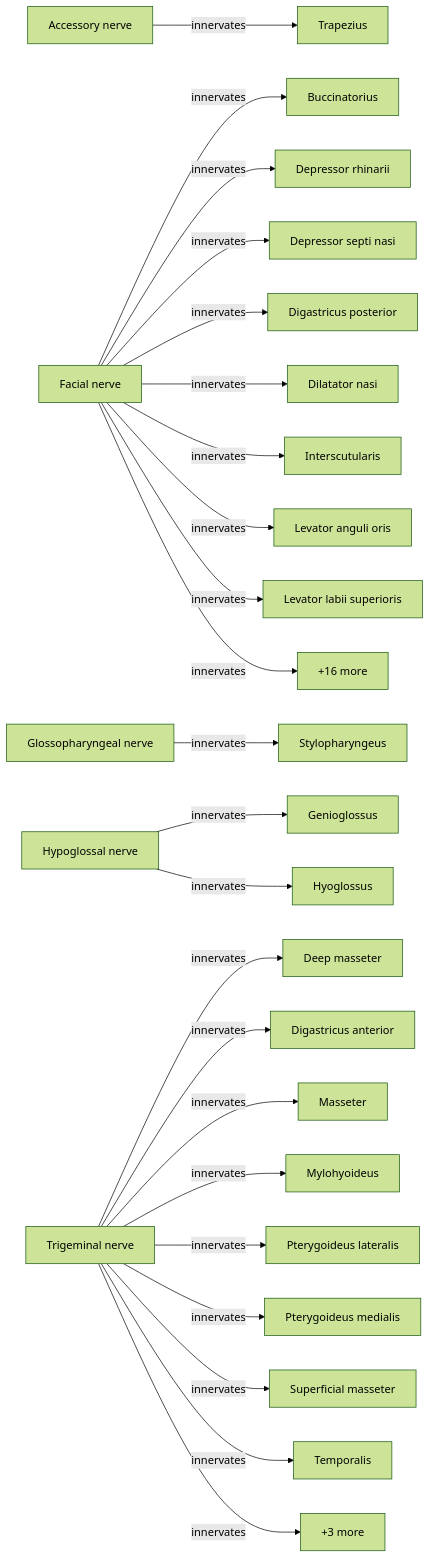
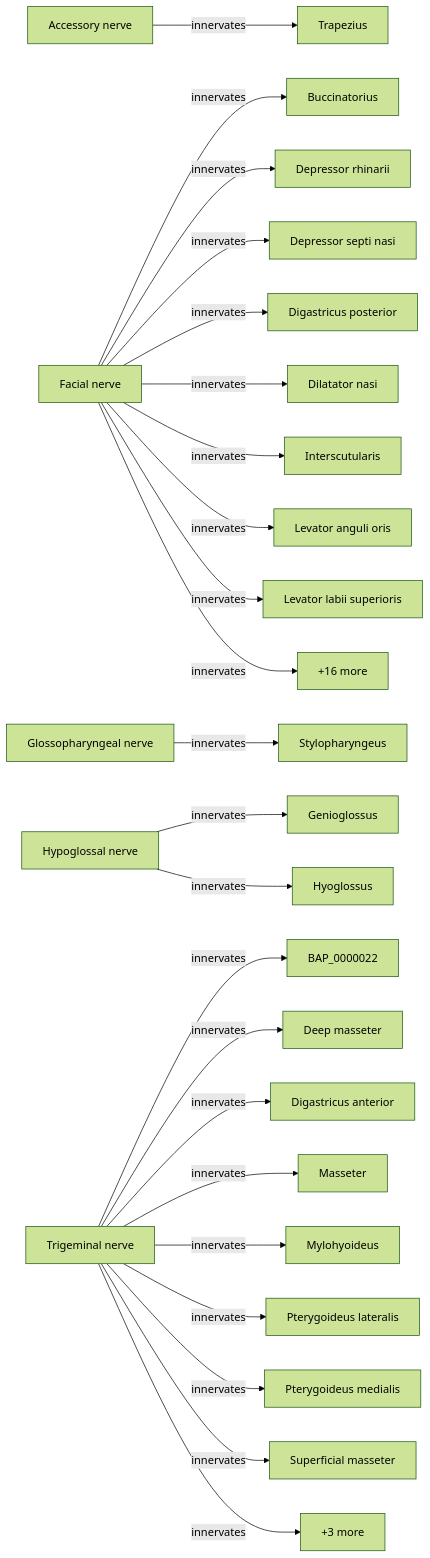
Before and after one commit to MitraLab-Organization/bap-ontology-editor: the first of 2 diagrams in README.md, drawn with Mermaid (forest theme). The commit also changed other lines of this file, not shown here.

````diff
--- a/README.md
+++ b/README.md
@@ -232,30 +232,30 @@
 ```mermaid
 graph LR
     Accessory_nerve[Accessory nerve]
     Accessory_nerve -->|innervates| Trapezius[Trapezius]
     Facial_nerve[Facial nerve]
     Facial_nerve -->|innervates| Buccinatorius[Buccinatorius]
     Facial_nerve -->|innervates| Depressor_rhinarii[Depressor rhinarii]
     Facial_nerve -->|innervates| Depressor_septi_nasi[Depressor septi nasi]
     Facial_nerve -->|innervates| Digastricus_posterior[Digastricus posterior]
     Facial_nerve -->|innervates| Dilatator_nasi[Dilatator nasi]
     Facial_nerve -->|innervates| Interscutularis[Interscutularis]
     Facial_nerve -->|innervates| Levator_anguli_oris[Levator anguli oris]
     Facial_nerve -->|innervates| Levator_labii_superioris[Levator labii superioris]
     Facial_nerve -->|innervates| Facial_nerve_more[+16 more]
     Glossopharyngeal_nerve[Glossopharyngeal nerve]
     Glossopharyngeal_nerve -->|innervates| Stylopharyngeus[Stylopharyngeus]
     Hypoglossal_nerve[Hypoglossal nerve]
     Hypoglossal_nerve -->|innervates| Genioglossus[Genioglossus]
     Hypoglossal_nerve -->|innervates| Hyoglossus[Hyoglossus]
     Trigeminal_nerve[Trigeminal nerve]
+    Trigeminal_nerve -->|innervates| BAP_0000022[BAP_0000022]
     Trigeminal_nerve -->|innervates| Deep_masseter[Deep masseter]
     Trigeminal_nerve -->|innervates| Digastricus_anterior[Digastricus anterior]
     Trigeminal_nerve -->|innervates| Masseter[Masseter]
     Trigeminal_nerve -->|innervates| Mylohyoideus[Mylohyoideus]
     Trigeminal_nerve -->|innervates| Pterygoideus_lateralis[Pterygoideus lateralis]
     Trigeminal_nerve -->|innervates| Pterygoideus_medialis[Pterygoideus medialis]
     Trigeminal_nerve -->|innervates| Superficial_masseter[Superficial masseter]
-    Trigeminal_nerve -->|innervates| Temporalis[Temporalis]
     Trigeminal_nerve -->|innervates| Trigeminal_nerve_more[+3 more]
 ```
````
